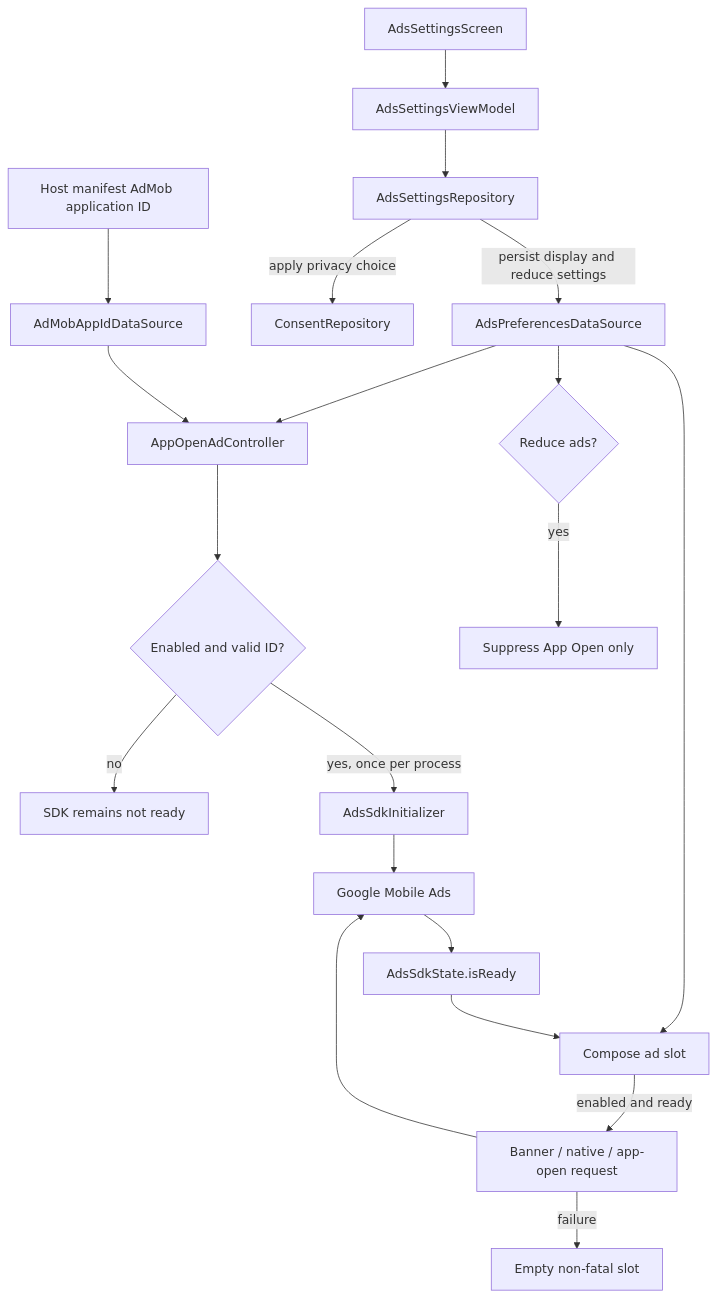
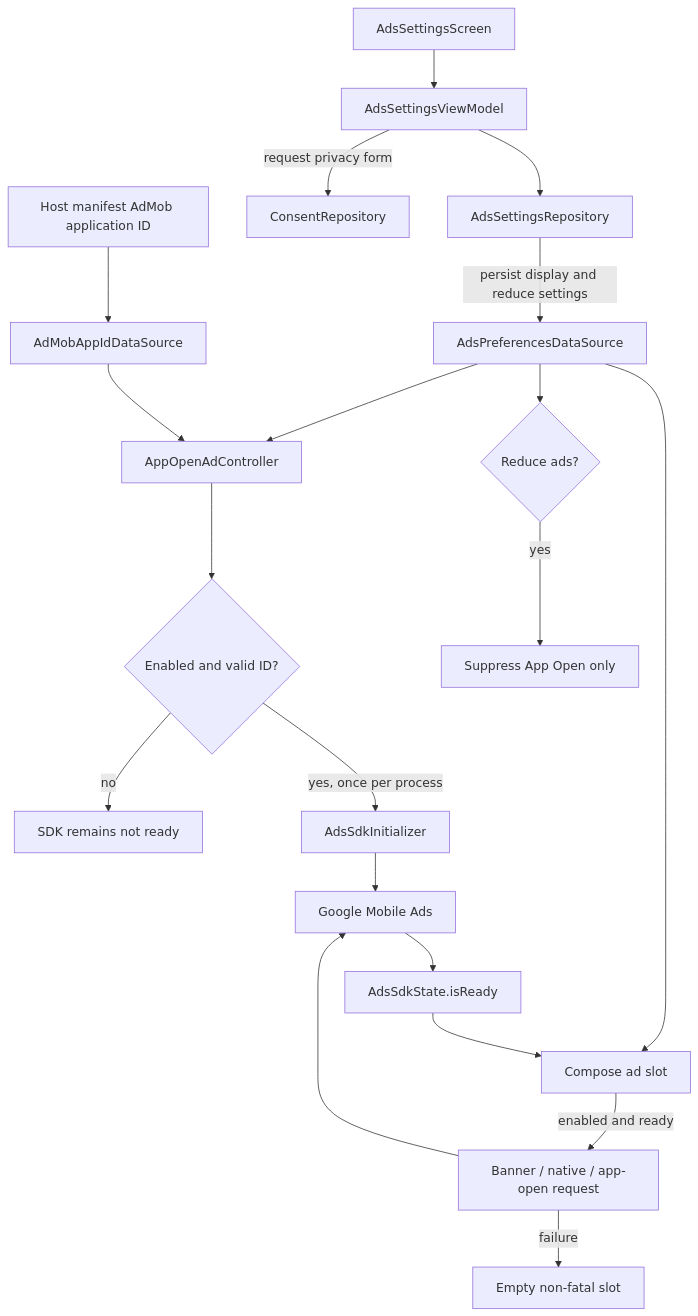
The diagram in library/integration/ads/README.md (MihaiCristianCondrea/App-Toolkit-for-Android), drawn with Mermaid before and after one commit. The commit also changed other lines of this file and 22 other files, not shown here.

````diff
--- a/library/integration/ads/README.md
+++ b/library/integration/ads/README.md
@@ -42,22 +41,22 @@
 ```mermaid
 flowchart TD
     Settings[AdsSettingsScreen] --> VM[AdsSettingsViewModel]
     VM --> Repo[AdsSettingsRepository]
+    VM -->|request privacy form| Consent[ConsentRepository]
     Repo -->|persist display and reduce settings| Store[AdsPreferencesDataSource]
-    Repo -->|apply privacy choice| Consent[ConsentRepository]
     Store --> Manager[AppOpenAdController]
     Manifest[Host manifest AdMob application ID] --> Id[AdMobAppIdDataSource]
     Id --> Manager
     Manager --> Gate{Enabled and valid ID?}
     Gate -->|no| Disabled[SDK remains not ready]
     Gate -->|yes, once per process| Initializer[AdsSdkInitializer]
     Initializer --> SDK[Google Mobile Ads]
     SDK --> Ready[AdsSdkState.isReady]
     Store --> Slot[Compose ad slot]
     Ready --> Slot
     Slot -->|enabled and ready| Request[Banner / native / app-open request]
     Request --> SDK
     Request -->|failure| Empty[Empty non-fatal slot]
     Store --> Reduce{Reduce ads?}
     Reduce -->|yes| Suppress[Suppress App Open only]
 ```
````
